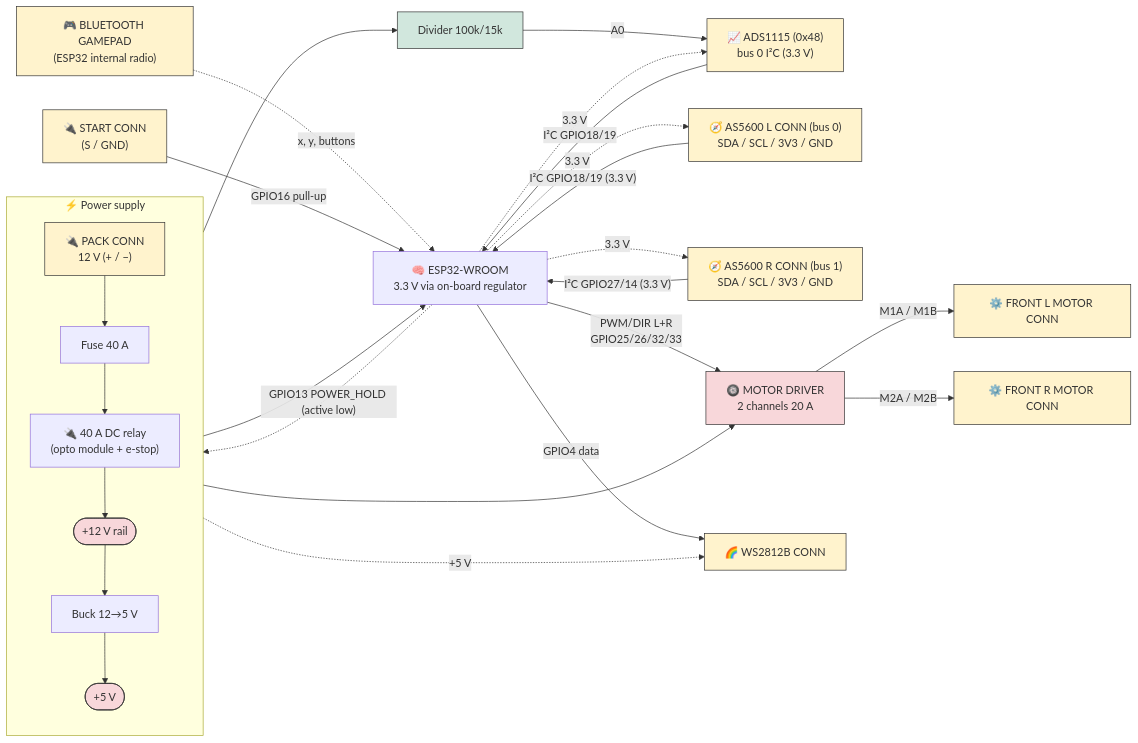
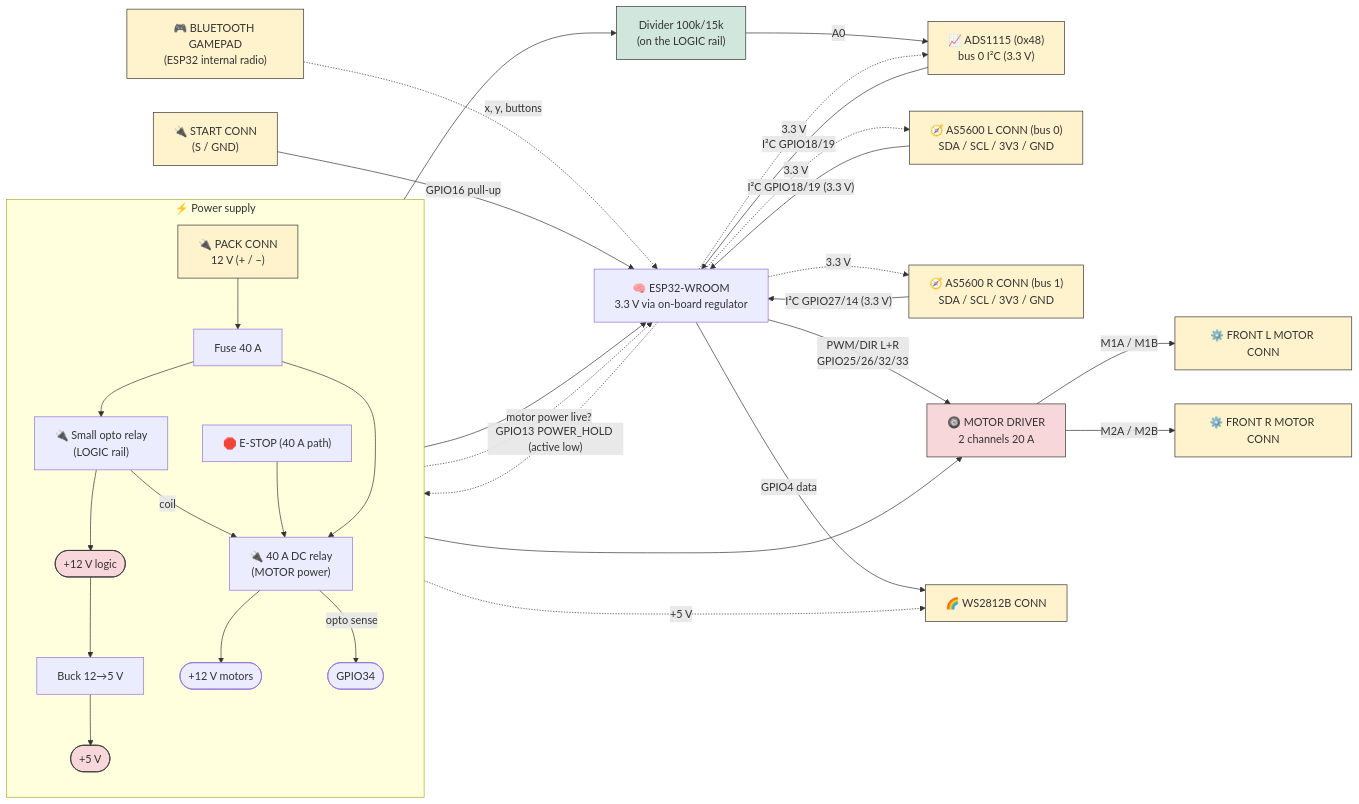
Before and after one commit to pinkymaxou/powered-soapbox-car: the seventh of 10 diagrams in README.md, drawn with Mermaid. The commit also changed other lines of this file and 16 other files, not shown here.

First line of the commit message:
Two power rails, motor-power sense, encoder inversion, idle auto-off

````diff
--- a/README.md
+++ b/README.md
@@ -495,38 +495,44 @@
 ```mermaid
 flowchart LR
     subgraph PWR["⚡ Power supply"]
         direction TB
-        PA["🔌 PACK CONN<br/>12 V (+ / −)"] --> FA["Fuse 40 A"] --> RLY["🔌 40 A DC relay<br/>(opto module + e-stop)"]
-        RLY --> RAIL(["+12 V rail"])
+        PA["🔌 PACK CONN<br/>12 V (+ / −)"] --> FA["Fuse 40 A"] --> SR["🔌 Small opto relay<br/>(LOGIC rail)"]
+        FA --> BR["🔌 40 A DC relay<br/>(MOTOR power)"]
+        SR --> RAIL(["+12 V logic"])
+        SR -->|"coil"| BR
+        ESTOP["🛑 E-STOP (40 A path)"] --> BR
+        BR --> MPWR(["+12 V motors"])
+        BR -->|"opto sense"| SENSE(["GPIO34"])
         RAIL --> BUCK["Buck 12→5 V"] --> V5(["+5 V"])
     end
 
     ESP["🧠 ESP32-WROOM<br/>3.3 V via on-board regulator"]
     V5 --> ESP
-    ESP -. "GPIO13 POWER_HOLD (active low)" .-> RLY
+    ESP -. "GPIO13 POWER_HOLD (active low)" .-> SR
+    SENSE -.->|"motor power live?"| ESP
 
     PAD["🎮 BLUETOOTH GAMEPAD<br/>(ESP32 internal radio)"] -.->|"x, y, buttons"| ESP
-    RAIL --> DIVB["Divider 100k/15k"] -->|"A0"| ADS["📈 ADS1115 (0x48)<br/>bus 0 I²C (3.3 V)"]
+    RAIL --> DIVB["Divider 100k/15k<br/>(on the LOGIC rail)"] -->|"A0"| ADS["📈 ADS1115 (0x48)<br/>bus 0 I²C (3.3 V)"]
     ADS -->|"I²C GPIO18/19"| ESP
     EG["🧭 AS5600 L CONN (bus 0)<br/>SDA / SCL / 3V3 / GND"] -->|"I²C GPIO18/19 (3.3 V)"| ESP
     ED["🧭 AS5600 R CONN (bus 1)<br/>SDA / SCL / 3V3 / GND"] -->|"I²C GPIO27/14 (3.3 V)"| ESP
     BST["🔌 START CONN<br/>(S / GND)"] -->|"GPIO16 pull-up"| ESP
 
     ESP -->|"PWM/DIR L+R<br/>GPIO25/26/32/33"| DRV["🛞 MOTOR DRIVER<br/>2 channels 20 A"]
     RAIL --> DRV
     DRV -->|"M1A / M1B"| MG["⚙️ FRONT L MOTOR CONN"]
     DRV -->|"M2A / M2B"| MD["⚙️ FRONT R MOTOR CONN"]
     ESP -->|"GPIO4 data"| WS["🌈 WS2812B CONN"]
 
     V5 -. "+5 V" .-> WS
     ESP -. "3.3 V" .-> EG
     ESP -. "3.3 V" .-> ED
     ESP -. "3.3 V" .-> ADS
 
     classDef pwr fill:#f8d7da,stroke:#333;
     classDef conn fill:#fff3cd,stroke:#333;
     classDef cond fill:#d1e7dd,stroke:#333;
     class RAIL,V5,LATCH,DRV pwr;
     class PA,PB,PAD,EG,ED,ADS,BST,MG,MD,WS conn;
     class DIVB cond;
 ```
````
